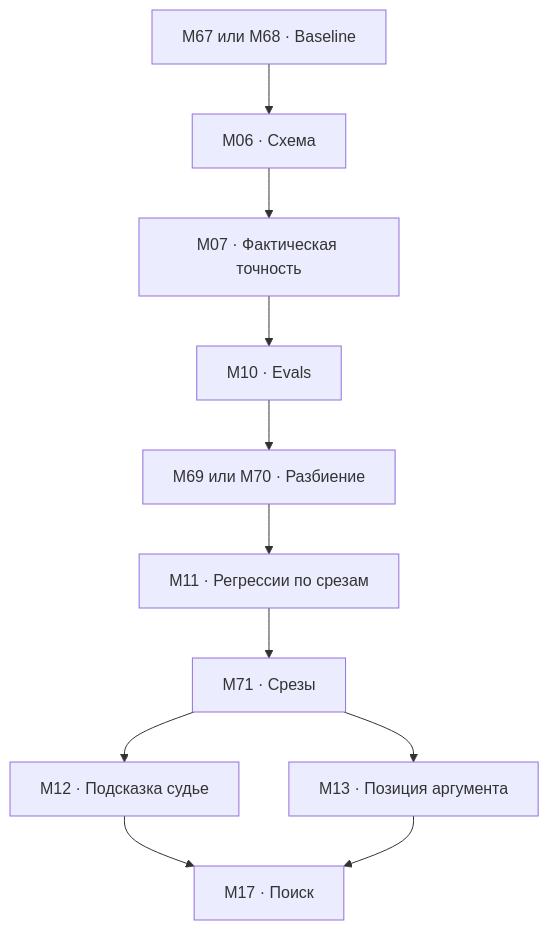
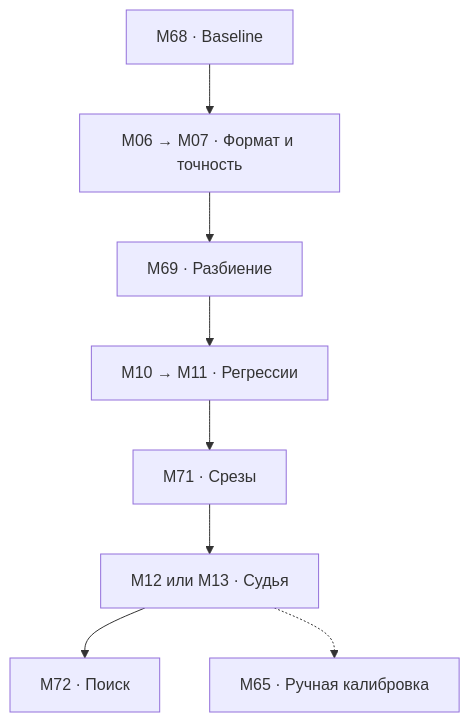
Before and after one commit to 620474/applied-ai-reading: the diagram in foundation.md, drawn with Mermaid. The commit also changed other lines of this file and 6 other files, not shown here.

````diff
--- a/foundation.md
+++ b/foundation.md
@@ -5,11 +5,8 @@
 ```mermaid
 flowchart TD
-P["M67 или M68 · Baseline"] --> A
-A["M06 · Схема"] --> B["M07 · Фактическая точность"]
-B --> C["M10 · Evals"]
-C --> S["M69 или M70 · Разбиение"] --> X["M11 · Регрессии по срезам"]
-X --> H["M71 · Срезы"] --> D["M12 · Подсказка судье"]
-H --> E["M13 · Позиция аргумента"]
-D --> F["M17 · Поиск"]
-E --> F
+A["M68 · Baseline"] --> B["M06 → M07 · Формат и точность"]
+B --> C["M69 · Разбиение"] --> D["M10 → M11 · Регрессии"]
+D --> E["M71 · Срезы"] --> F["M12 или M13 · Судья"]
+F --> G["M72 · Поиск"]
+F -.-> H["M65 · Ручная калибровка"]
 ```
````
